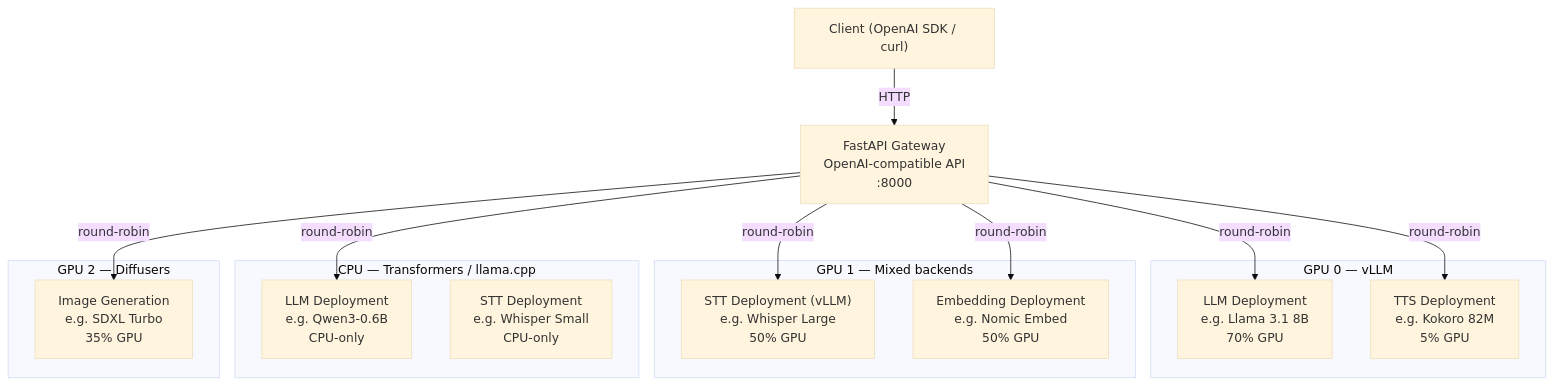
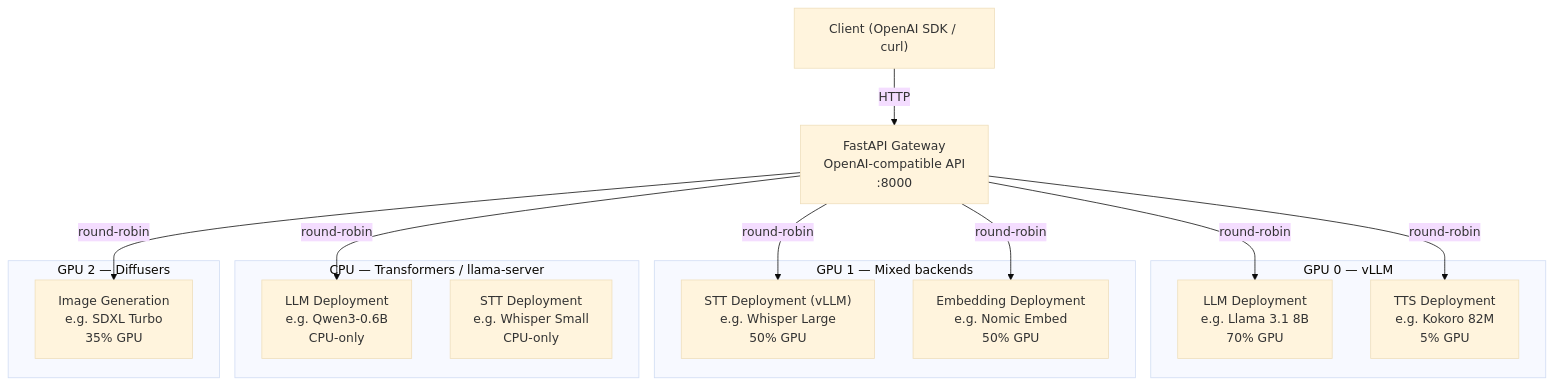
Before and after one commit to alez007/modelship: the diagram in README.md, drawn with Mermaid (base theme). The commit also changed other lines of this file and 59 other files, not shown here.

First line of the commit message:
feat!: remove llama_cpp loader, cut GGUF entirely over to llama_server

````diff
--- a/README.md
+++ b/README.md
@@ -21,32 +21,32 @@
 ```mermaid
 graph TD
     Client["Client (OpenAI SDK / curl)"]
     API["FastAPI Gateway<br/>OpenAI-compatible API<br/>:8000"]
 
     Client -->|HTTP| API
     API -->|round-robin| LLM_GPU
     API -->|round-robin| LLM_CPU
     API -->|round-robin| TTS
     API -->|round-robin| STT
     API -->|round-robin| EMB
     API -->|round-robin| IMG
 
     subgraph GPU0["GPU 0 — vLLM"]
         LLM_GPU["LLM Deployment<br/>e.g. Llama 3.1 8B<br/>70% GPU"]
         TTS["TTS Deployment<br/>e.g. Kokoro 82M<br/>5% GPU"]
     end
 
     subgraph GPU1["GPU 1 — Mixed backends"]
         STT["STT Deployment (vLLM)<br/>e.g. Whisper Large<br/>50% GPU"]
         EMB["Embedding Deployment<br/>e.g. Nomic Embed<br/>50% GPU"]
     end
 
-    subgraph CPU["CPU — Transformers / llama.cpp"]
+    subgraph CPU["CPU — Transformers / llama-server"]
         LLM_CPU["LLM Deployment<br/>e.g. Qwen3-0.6B<br/>CPU-only"]
         STT_CPU["STT Deployment<br/>e.g. Whisper Small<br/>CPU-only"]
     end
 
     subgraph GPU2["GPU 2 — Diffusers"]
         IMG["Image Generation<br/>e.g. SDXL Turbo<br/>35% GPU"]
     end
 ```
````
